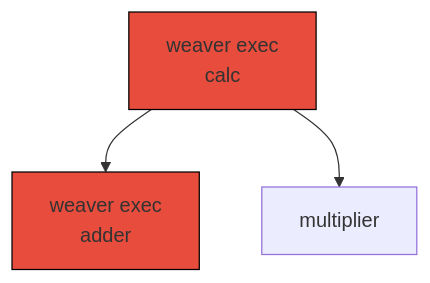
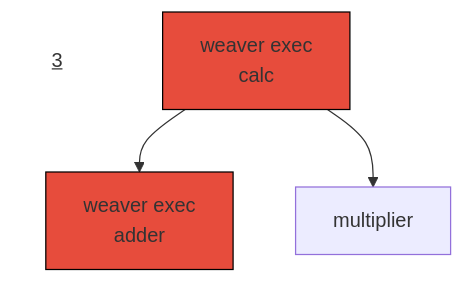
One commit to mwhittaker/calculator changed the third of 6 diagrams in README.md. Above: the diagram before and after it, drawn with Mermaid. The commit also changed other lines of this file and 8 other files, not shown here.

````diff
--- a/README.md
+++ b/README.md
@@ -16,7 +20,9 @@
 ```mermaid
 flowchart TD
+    title[<u>3</u>]
+    style title fill:#FFF,stroke:#FFF
     calc[weaver exec\ncalc] --> adder[weaver exec\nadder]
     calc --> multiplier
     style calc fill:#e74c3c,stroke:black
     style adder fill:#e74c3c,stroke:black
 ```
````
